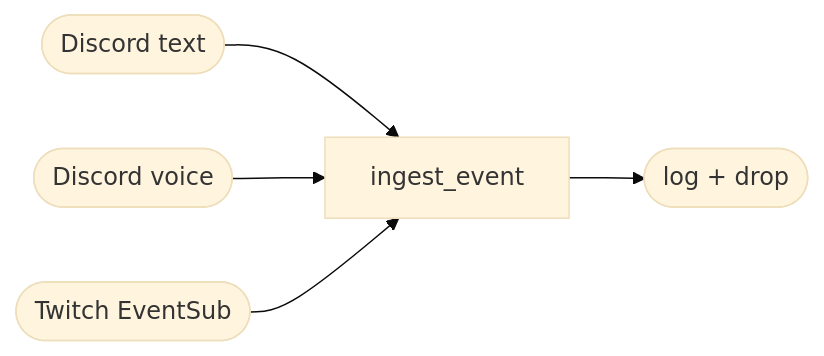
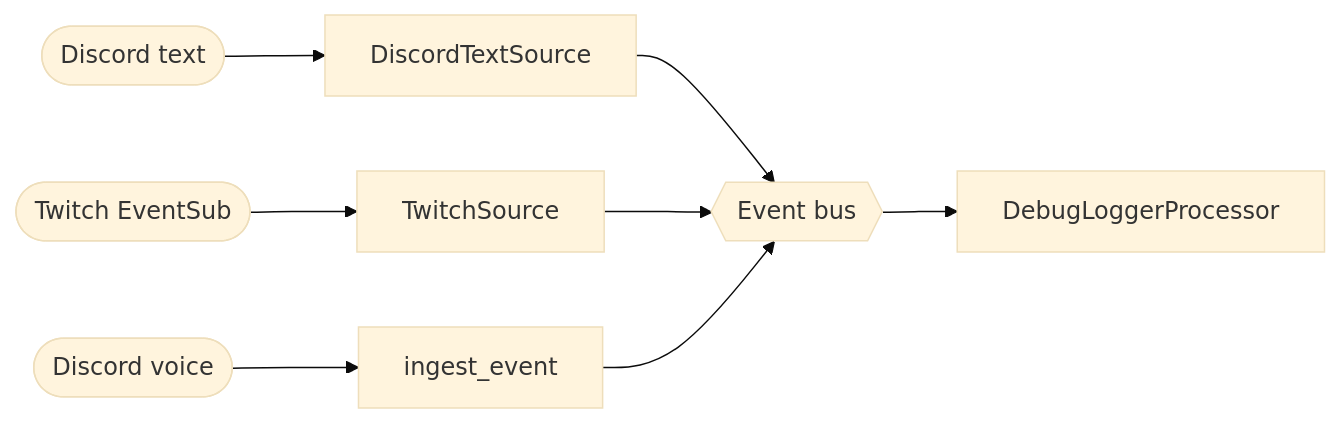
The diagram in docs/architecture/overview.md (CorVous/Familiar-Connect), drawn with Mermaid (base theme) before and after one commit. The commit also changed other lines of this file and 25 other files, not shown here.

First line of the commit message:
Phase 1: in-process event bus, sources, debug processor

````diff
--- a/docs/architecture/overview.md
+++ b/docs/architecture/overview.md
@@ -8,7 +9,12 @@
 ```mermaid
 flowchart LR
-    dt([Discord text])     --> ing[ingest_event]
-    dv([Discord voice])    --> ing
-    tw([Twitch EventSub])  --> ing
-    ing --> drop([log + drop])
+    dt([Discord text])     --> dts[DiscordTextSource]
+    dv([Discord voice])    --> ing[ingest_event]
+    tw([Twitch EventSub])  --> tws[TwitchSource]
+
+    dts --> bus{{Event bus}}
+    tws --> bus
+    ing --> bus
+
+    bus --> dbg[DebugLoggerProcessor]
 ```
````
